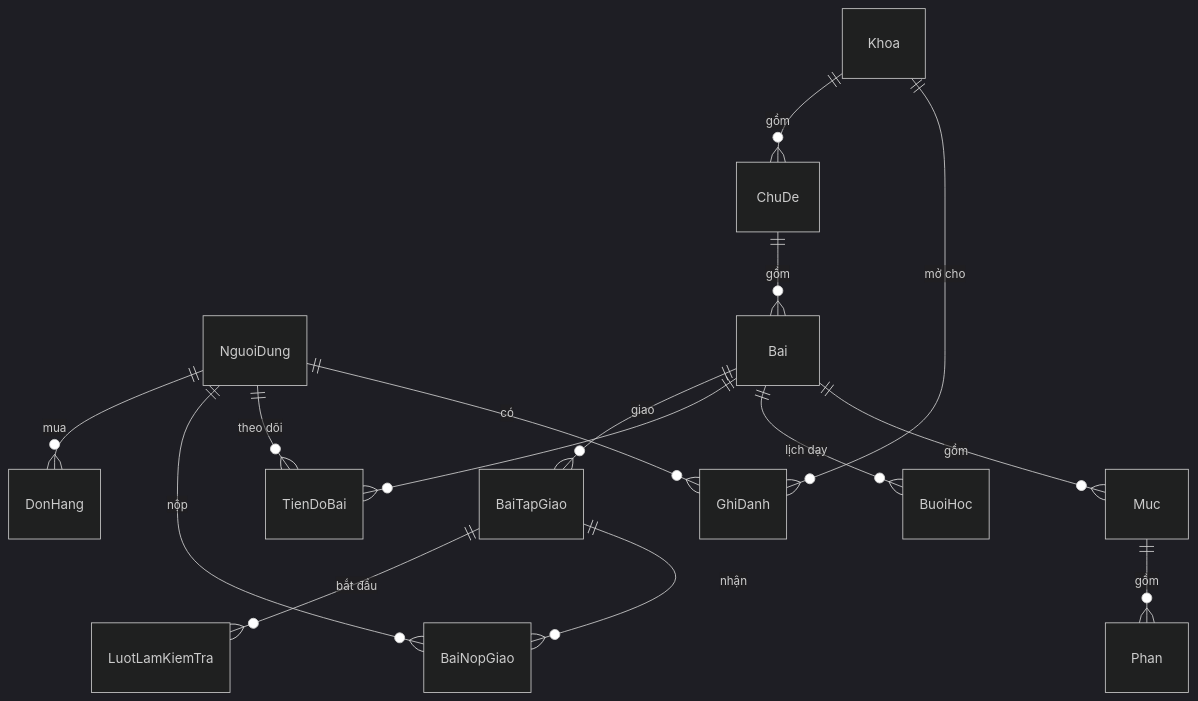
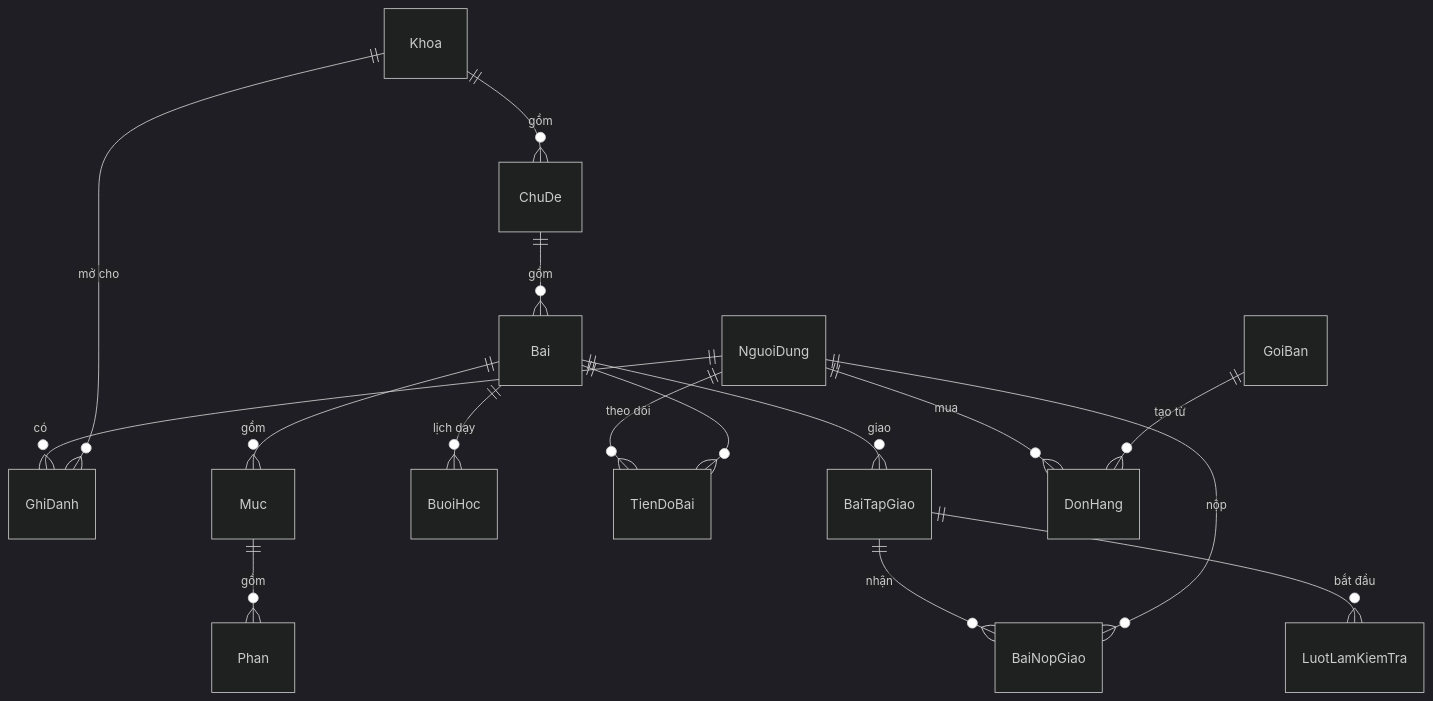
Before and after one commit to nguyenbaquyen075/EduMind-AI: the diagram in README.md, drawn with Mermaid (dark theme). The commit also changed other lines of this file and 1 other file, not shown here.

First line of the commit message:
docs(readme): add payment flow, route map, config reference and troubleshooting

````diff
--- a/README.md
+++ b/README.md
@@ -146,17 +175,18 @@
 ```mermaid
 erDiagram
     NguoiDung ||--o{ GhiDanh : "có"
     Khoa ||--o{ GhiDanh : "mở cho"
     Khoa ||--o{ ChuDe : "gồm"
     ChuDe ||--o{ Bai : "gồm"
     Bai ||--o{ Muc : "gồm"
     Muc ||--o{ Phan : "gồm"
     Bai ||--o{ BuoiHoc : "lịch dạy"
     NguoiDung ||--o{ TienDoBai : "theo dõi"
     Bai ||--o{ TienDoBai : ""
     Bai ||--o{ BaiTapGiao : "giao"
     BaiTapGiao ||--o{ BaiNopGiao : "nhận"
     NguoiDung ||--o{ BaiNopGiao : "nộp"
     BaiTapGiao ||--o{ LuotLamKiemTra : "bắt đầu"
     NguoiDung ||--o{ DonHang : "mua"
+    GoiBan ||--o{ DonHang : "tạo từ"
 ```
````
